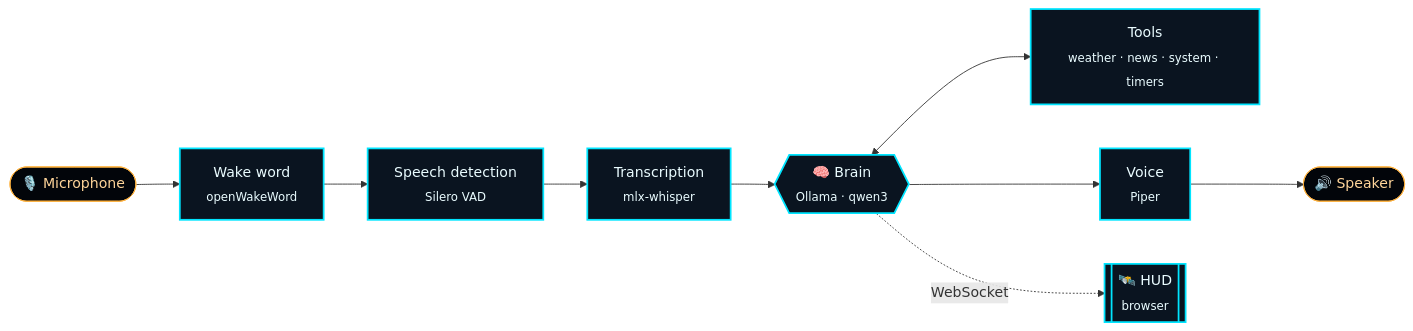
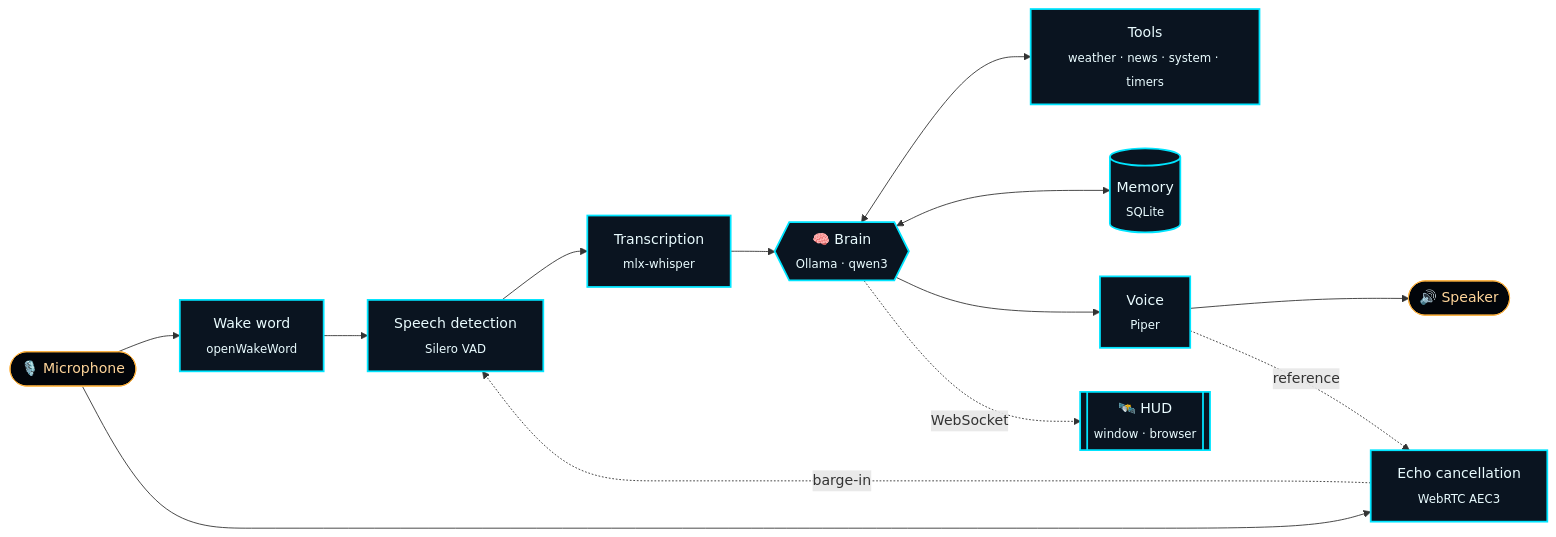
The diagram in README.md (MichelleBudri/my-jarvis), drawn with Mermaid before and after one commit. The commit also changed other lines of this file and 38 other files, not shown here.

First line of the commit message:
feat: memory, launch at login, echo cancellation and HUD window (phase 7)

````diff
--- a/README.md
+++ b/README.md
@@ -74,17 +89,21 @@
 ```mermaid
 flowchart LR
     MIC(["🎙️ Microphone"]) --> WAKE["Wake word<br/><sub>openWakeWord</sub>"]
     WAKE --> VAD["Speech detection<br/><sub>Silero VAD</sub>"]
     VAD --> STT["Transcription<br/><sub>mlx-whisper</sub>"]
     STT --> LLM{{"🧠 Brain<br/><sub>Ollama · qwen3</sub>"}}
     LLM <--> TOOLS["Tools<br/><sub>weather · news · system · timers</sub>"]
+    LLM <--> MEM[("Memory<br/><sub>SQLite</sub>")]
     LLM --> TTS["Voice<br/><sub>Piper</sub>"]
     TTS --> SPK(["🔊 Speaker"])
-    LLM -. WebSocket .-> HUD[["🛰️ HUD<br/><sub>browser</sub>"]]
+    TTS -. reference .-> AEC["Echo cancellation<br/><sub>WebRTC AEC3</sub>"]
+    MIC --> AEC
+    AEC -. barge-in .-> VAD
+    LLM -. WebSocket .-> HUD[["🛰️ HUD<br/><sub>window · browser</sub>"]]
 
     classDef core fill:#0a1420,stroke:#00e5ff,color:#eafcff,stroke-width:2px
     classDef io fill:#02050a,stroke:#ffb340,color:#ffd59a
-    class WAKE,VAD,STT,TOOLS,TTS,HUD core
+    class WAKE,VAD,STT,TOOLS,MEM,TTS,AEC,HUD core
     class LLM core
     class MIC,SPK io
 ```
````
